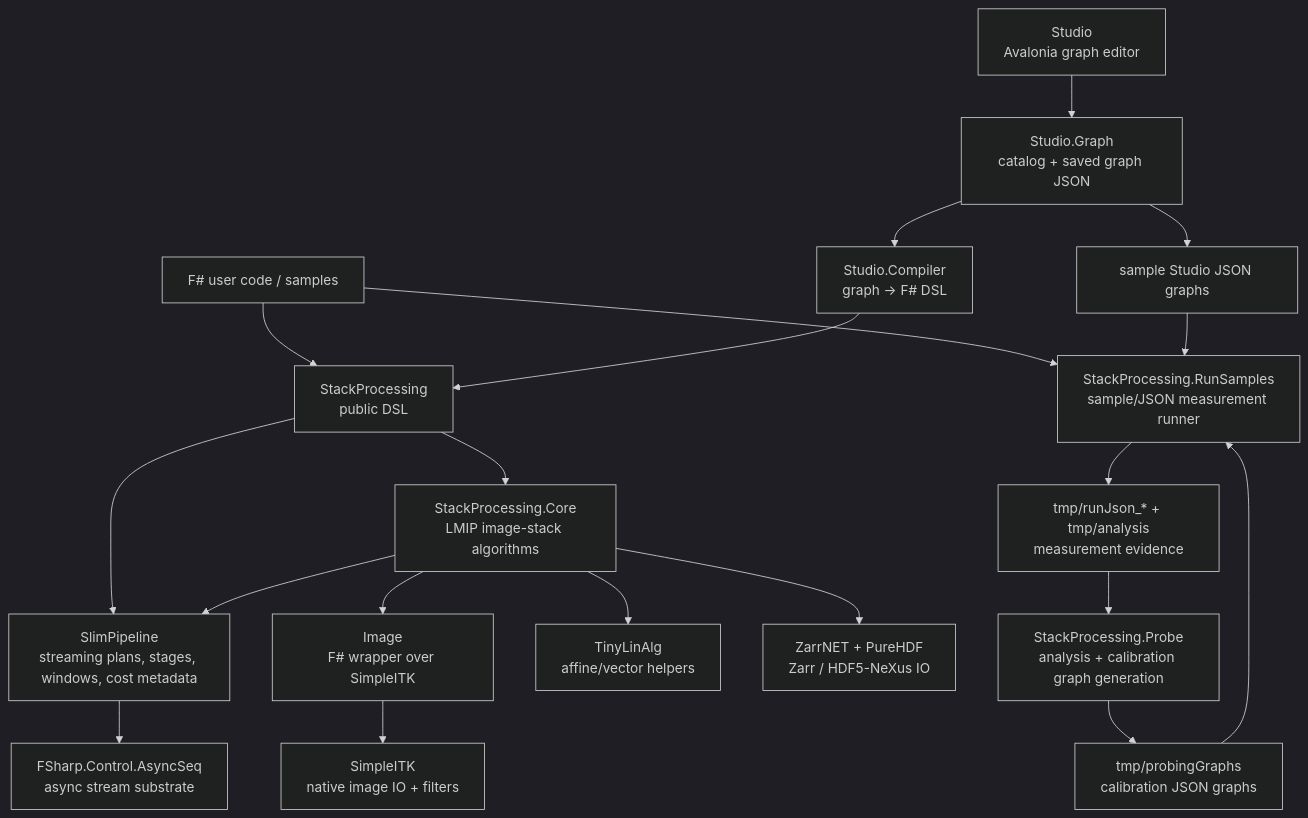
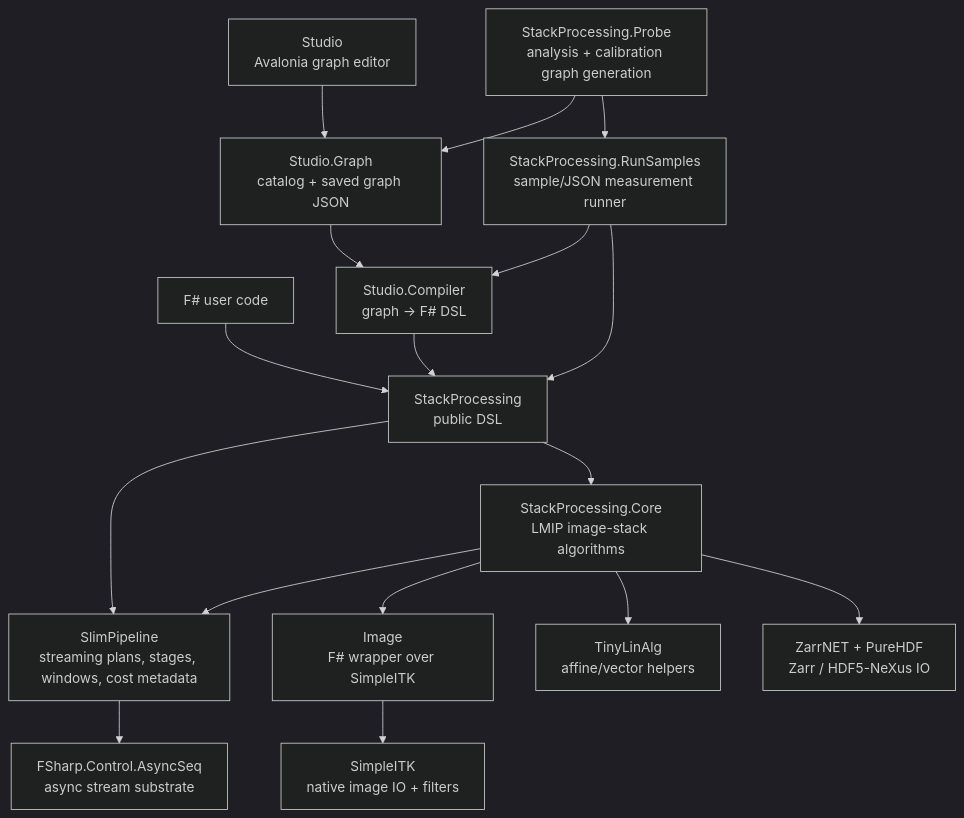
One commit to sporring/stackProcessing changed the diagram in README.md. Above: the diagram before and after it, drawn with Mermaid (dark theme).

Commit message:
simplify

````diff
--- a/README.md
+++ b/README.md
@@ -158,42 +158,36 @@
 ```mermaid
 flowchart TD
-    UserFSharp["F# user code / samples"]
-    SampleJson["sample Studio JSON graphs"]
+    UserFSharp["F# user code"]
     Studio["Studio\nAvalonia graph editor"]
     StudioGraph["Studio.Graph\ncatalog + saved graph JSON"]
     StudioCompiler["Studio.Compiler\ngraph -> F# DSL"]
     StackProcessing["StackProcessing\npublic DSL"]
     Core["StackProcessing.Core\nLMIP image-stack algorithms"]
     Slim["SlimPipeline\nstreaming plans, stages, windows, cost metadata"]
     AsyncSeq["FSharp.Control.AsyncSeq\nasync stream substrate"]
     Image["Image\nF# wrapper over SimpleITK"]
     SimpleITK["SimpleITK\nnative image IO + filters"]
     TinyLinAlg["TinyLinAlg\naffine/vector helpers"]
     ZarrNexus["ZarrNET + PureHDF\nZarr / HDF5-NeXus IO"]
     RunSamples["StackProcessing.RunSamples\nsample/JSON measurement runner"]
-    TmpMeasurements["tmp/runJson_* + tmp/analysis\nmeasurement evidence"]
     Probe["StackProcessing.Probe\nanalysis + calibration graph generation"]
-    ProbeGraphs["tmp/probingGraphs\ncalibration JSON graphs"]
 
     UserFSharp --> StackProcessing
     Studio --> StudioGraph
     StudioGraph --> StudioCompiler
-    StudioGraph --> SampleJson
     StudioCompiler --> StackProcessing
 
     StackProcessing --> Core
     StackProcessing --> Slim
     Core --> Slim
     Slim --> AsyncSeq
     Core --> Image
     Image --> SimpleITK
     Core --> TinyLinAlg
     Core --> ZarrNexus
 
-    UserFSharp --> RunSamples
-    SampleJson --> RunSamples
-    RunSamples --> TmpMeasurements
-    TmpMeasurements --> Probe
-    Probe --> ProbeGraphs
-    ProbeGraphs --> RunSamples
+    RunSamples --> StudioCompiler
+    RunSamples --> StackProcessing
+    Probe --> RunSamples
+    Probe --> StudioGraph
 ```
````
